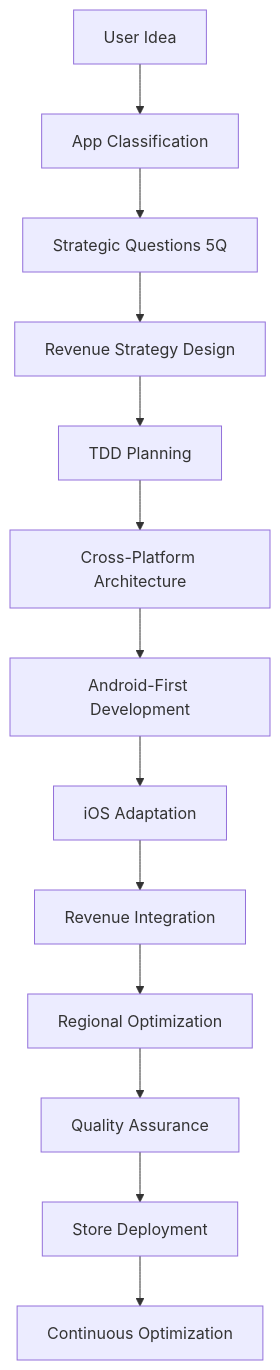
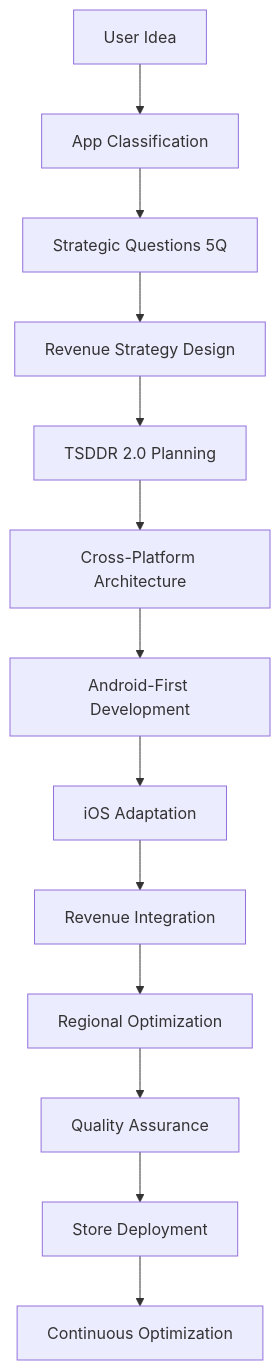
The diagram in .trae/rules/mobile-project-orchestration.md (duydeptrai999/ificandoit), drawn with Mermaid before and after one commit. The commit also changed other lines of this file and 47 other files, not shown here.

````diff
--- a/.trae/rules/mobile-project-orchestration.md
+++ b/.trae/rules/mobile-project-orchestration.md
@@ -7,15 +7,15 @@
 ```mermaid
 graph TD
     A[User Idea] --> B[App Classification]
     B --> C[Strategic Questions 5Q]
     C --> D[Revenue Strategy Design]
-    D --> E[TDD Planning]
+    D --> E[TSDDR 2.0 Planning]
     E --> F[Cross-Platform Architecture]
     F --> G[Android-First Development]
     G --> H[iOS Adaptation]
     H --> I[Revenue Integration]
     I --> J[Regional Optimization]
     J --> K[Quality Assurance]
     K --> L[Store Deployment]
     L --> M[Continuous Optimization]
 ```
````
